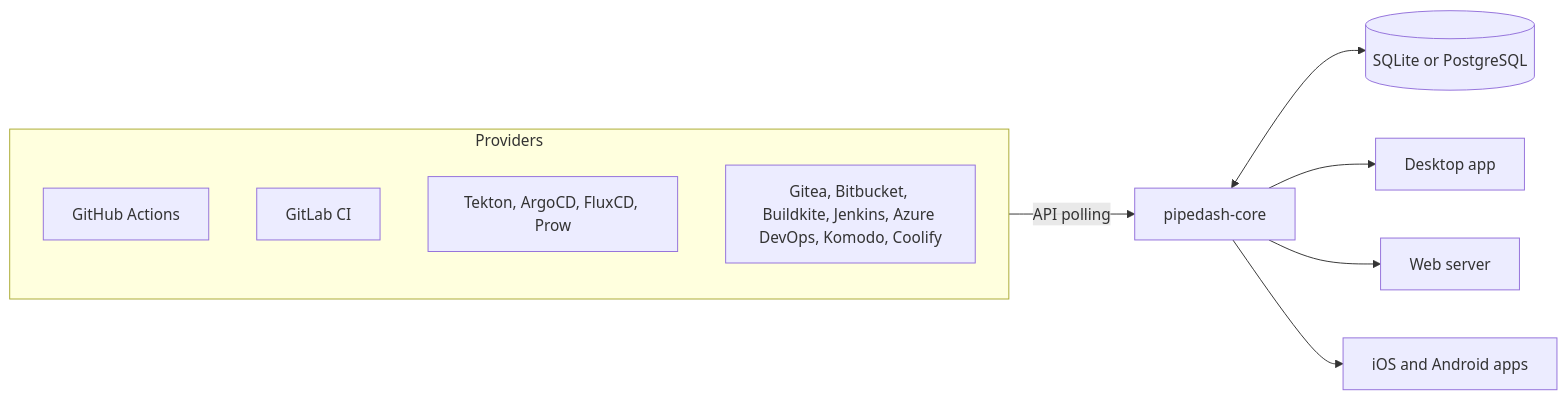
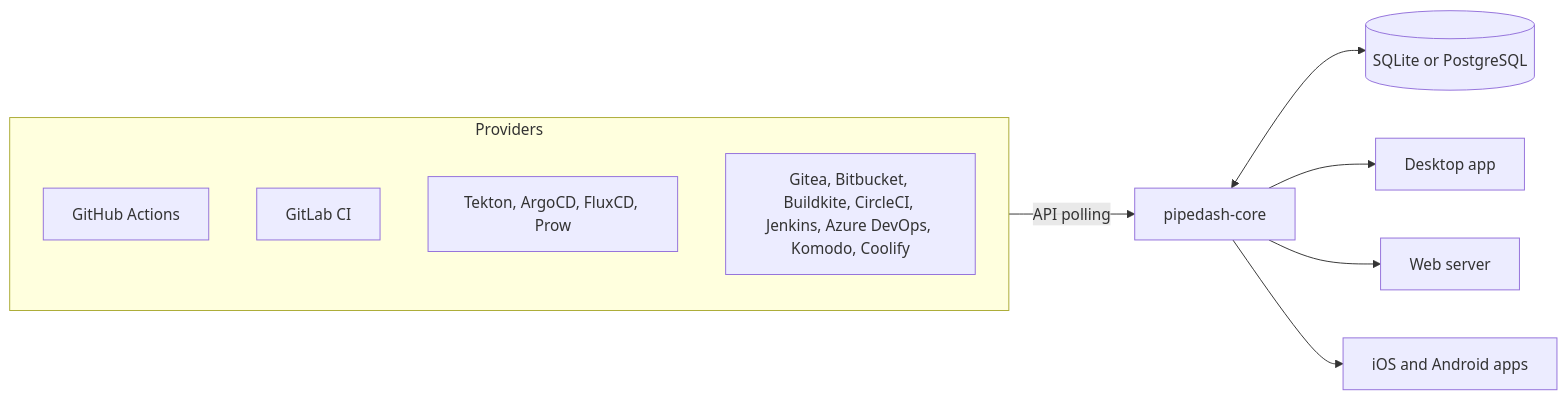
One commit to hcavarsan/pipedash changed the diagram in README.md. Above: the diagram before and after it, drawn with Mermaid. The commit also changed other lines of this file and 21 other files, not shown here.

````diff
--- a/README.md
+++ b/README.md
@@ -89,14 +89,14 @@
 ```mermaid
 flowchart LR
   subgraph Providers
     GH[GitHub Actions]
     GL[GitLab CI]
     K8S[Tekton, ArgoCD, FluxCD, Prow]
-    More[Gitea, Bitbucket, Buildkite, Jenkins, Azure DevOps, Komodo, Coolify]
+    More[Gitea, Bitbucket, Buildkite, CircleCI, Jenkins, Azure DevOps, Komodo, Coolify]
   end
   Providers -- API polling --> Core[pipedash-core]
   Core <--> DB[(SQLite or PostgreSQL)]
   Core --> Desktop[Desktop app]
   Core --> Web[Web server]
   Core --> Mobile[iOS and Android apps]
 ```
````
